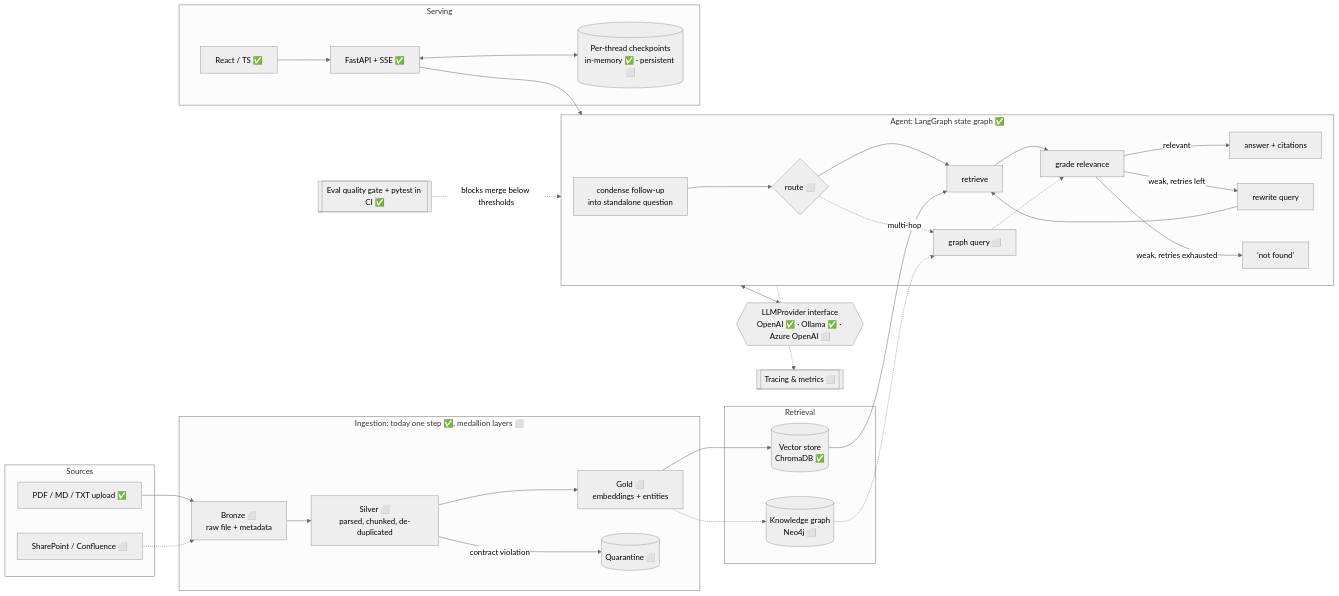
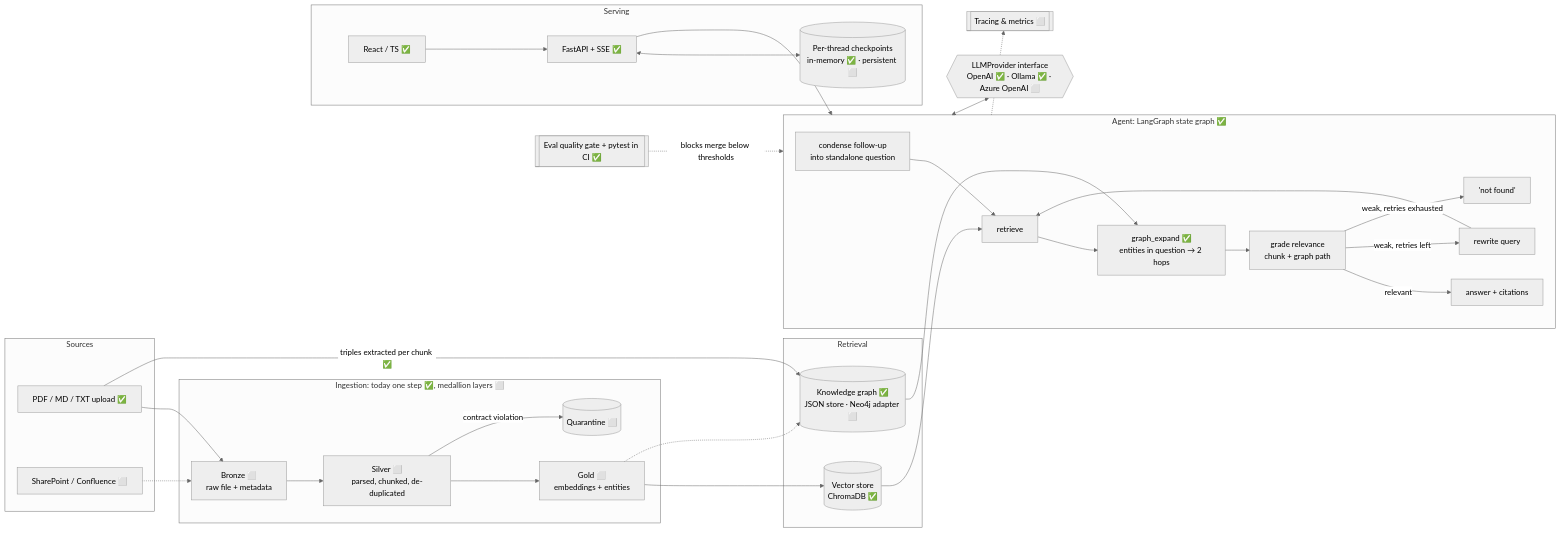
One commit to divyanshus2404/docpilot changed the first of 2 diagrams in docs/ARCHITECTURE.md. Above: the diagram before and after it, drawn with Mermaid (neutral theme). The commit also changed other lines of this file and 23 other files, not shown here.

First line of the commit message:
Add GraphRAG knowledge-graph layer for multi-hop questions

````diff
--- a/docs/ARCHITECTURE.md
+++ b/docs/ARCHITECTURE.md
@@ -58,54 +58,53 @@
 ```mermaid
 flowchart LR
     subgraph Sources
         A1[PDF / MD / TXT upload ✅]
         A2[SharePoint / Confluence ⬜]
     end
 
     subgraph Lakehouse["Ingestion: today one step ✅, medallion layers ⬜"]
         B[Bronze ⬜<br/>raw file + metadata]
         S[Silver ⬜<br/>parsed, chunked, de-duplicated]
         G[Gold ⬜<br/>embeddings + entities]
         Q[(Quarantine ⬜)]
     end
 
     subgraph Retrieval
         V[(Vector store<br/>ChromaDB ✅)]
-        K[(Knowledge graph<br/>Neo4j ⬜)]
+        K[(Knowledge graph ✅<br/>JSON store · Neo4j adapter ⬜)]
     end
 
     subgraph Agent["Agent: LangGraph state graph ✅"]
-        C[condense follow-up<br/>into standalone question] --> RT{route ⬜}
-        RT --> R[retrieve]
-        RT -.multi-hop.-> GQ[graph query ⬜]
-        R --> GR[grade relevance]
-        GQ -.-> GR
+        C[condense follow-up<br/>into standalone question] --> R[retrieve]
+        R --> GQ[graph_expand ✅<br/>entities in question → 2 hops]
+        GQ --> GR[grade relevance<br/>chunk + graph path]
         GR -- relevant --> AN[answer + citations]
         GR -- weak, retries left --> RW[rewrite query]
         RW --> R
         GR -- weak, retries exhausted --> NF["'not found'"]
     end
 
     subgraph Serving
         API[FastAPI + SSE ✅]
         UI[React / TS ✅]
         MEM[(Per-thread checkpoints<br/>in-memory ✅ · persistent ⬜)]
     end
 
     LLM{{LLMProvider interface<br/>OpenAI ✅ · Ollama ✅ · Azure OpenAI ⬜}}
     EVAL[[Eval quality gate + pytest in CI ✅]]
     OBS[[Tracing & metrics ⬜]]
 
     A1 --> B --> S --> G
     A2 -.-> B
     S -- contract violation --> Q
     G --> V
+    A1 -- "triples extracted per chunk ✅" --> K
     G -.-> K
     V --> R
-    K -.-> GQ
+    K --> GQ
     Agent <--> LLM
     UI --> API --> Agent
     API <--> MEM
     EVAL -. blocks merge below thresholds .-> Agent
     Agent -.-> OBS
 ```
````
